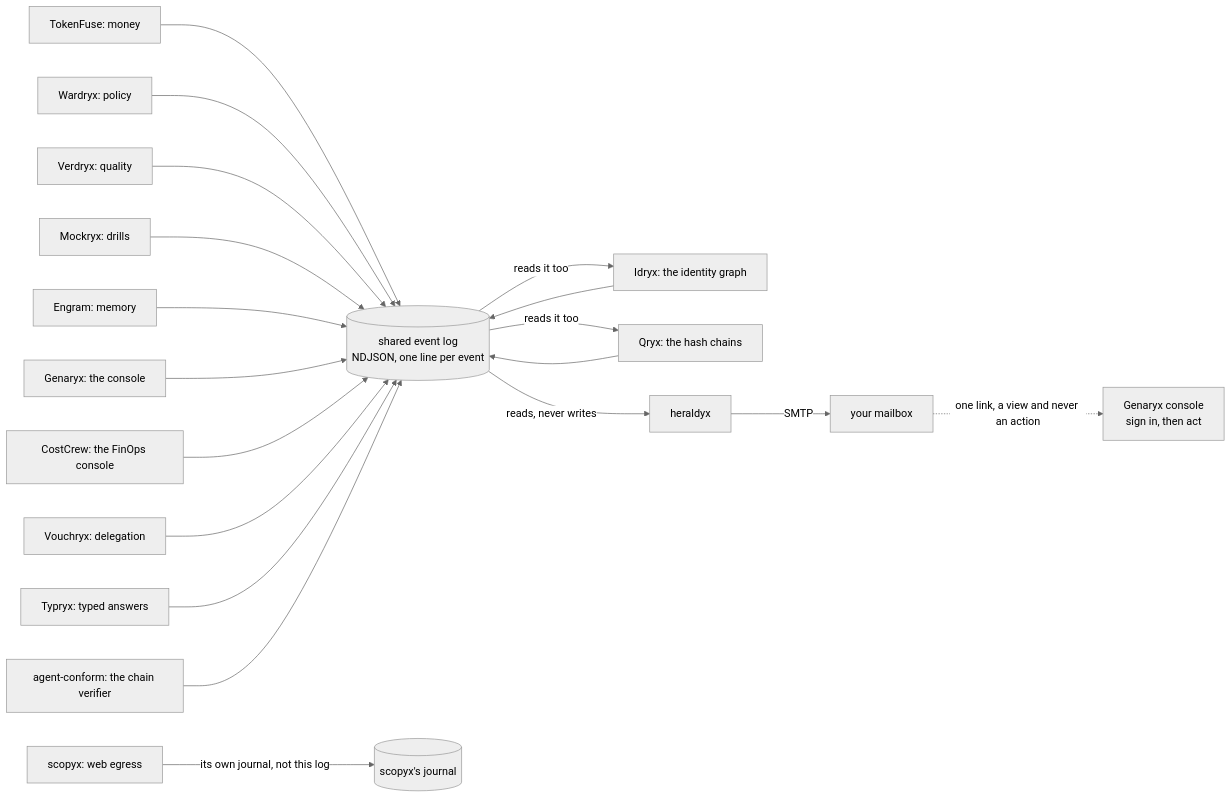
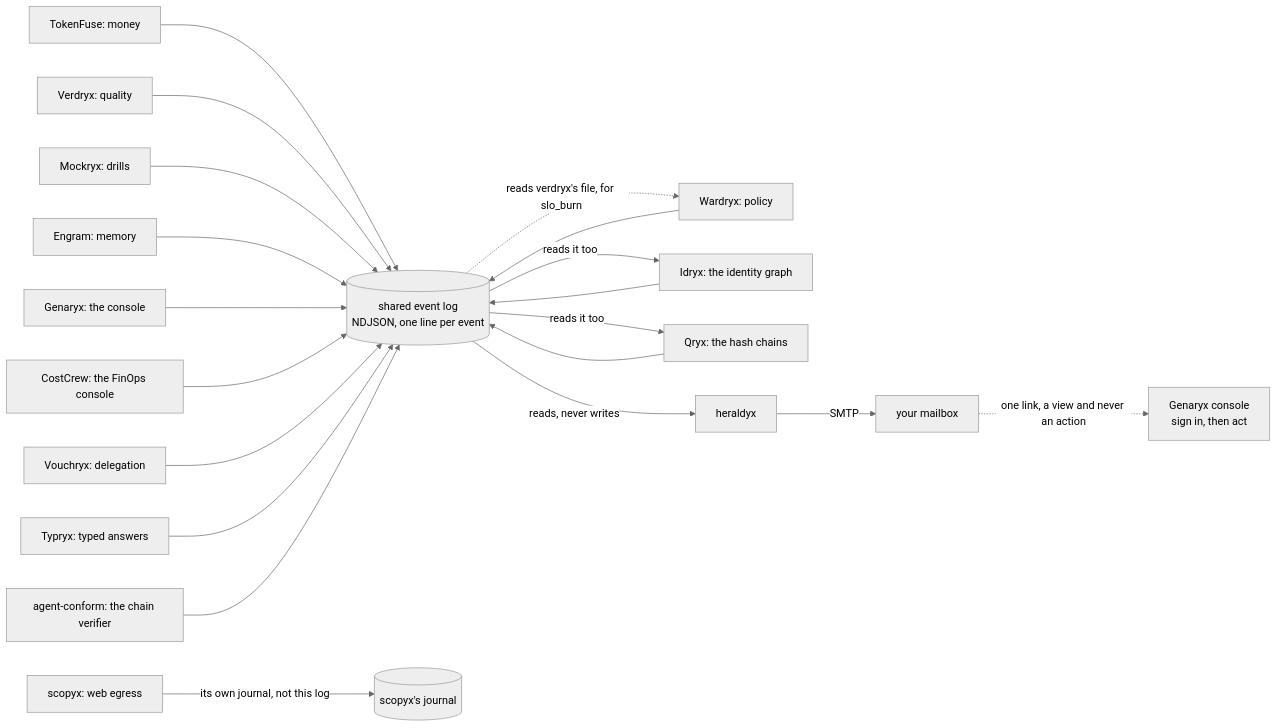
One commit to TAIPANBOX/heraldyx changed the diagram in README.md. Above: the diagram before and after it, drawn with Mermaid (neutral theme). The commit also changed other lines of this file and 1 other file, not shown here.

First line of the commit message:
docs: wardryx reads the slo_burn stream, trailryx maps alert_sent and keeps a cursor, agent-conform has three rows (#131)

````diff
--- a/README.md
+++ b/README.md
@@ -51,21 +51,22 @@
 ```mermaid
 flowchart LR
   TF["TokenFuse: money"] --> LOG[("shared event log<br/>NDJSON, one line per event")]
   WX["Wardryx: policy"] --> LOG
   VX["Verdryx: quality"] --> LOG
   MX["Mockryx: drills"] --> LOG
   ENG["Engram: memory"] --> LOG
   GX["Genaryx: the console"] --> LOG
   ID["Idryx: the identity graph"] --> LOG
   QX["Qryx: the hash chains"] --> LOG
   CC["CostCrew: the FinOps console"] --> LOG
   VY["Vouchryx: delegation"] --> LOG
   TY["Typryx: typed answers"] --> LOG
   AC["agent-conform: the chain verifier"] --> LOG
   LOG -->|"reads, never writes"| H["heraldyx"]
   LOG -->|"reads it too"| ID
   LOG -->|"reads it too"| QX
+  LOG -.->|"reads verdryx's file, for slo_burn"| WX
   SC["scopyx: web egress"] -->|"its own journal, not this log"| SJ[("scopyx's journal")]
   H -->|"SMTP"| M["your mailbox"]
   M -.->|"one link, a view and never an action"| C["Genaryx console<br/>sign in, then act"]
 ```
````
